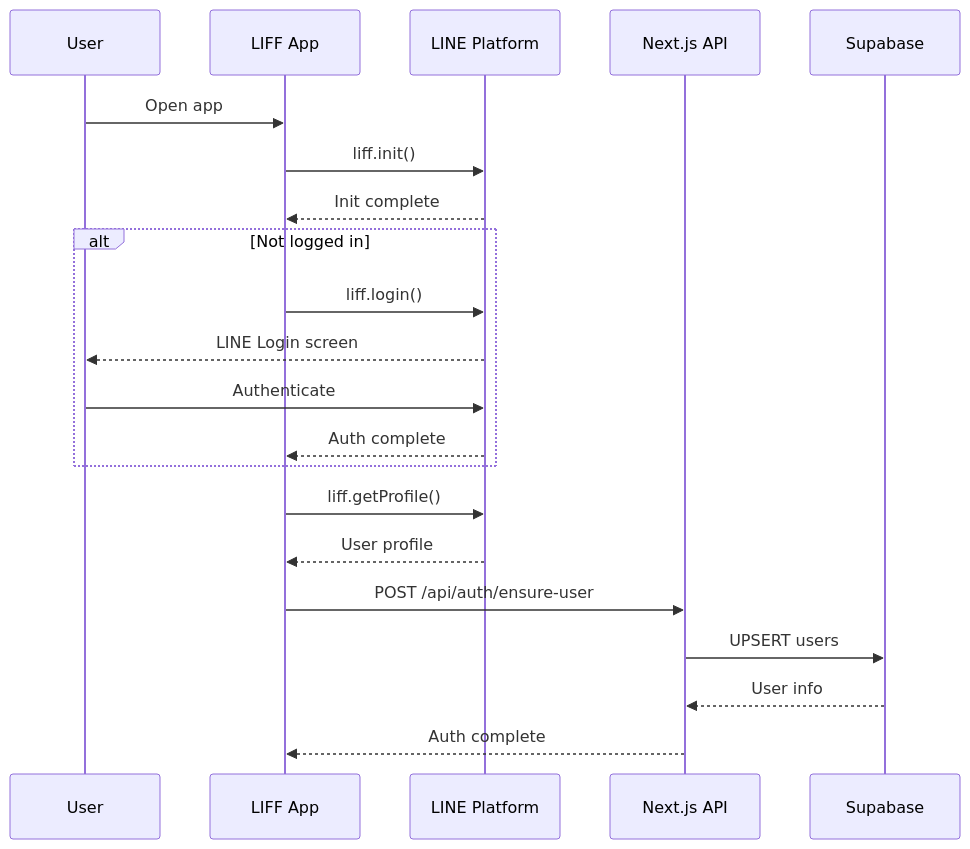
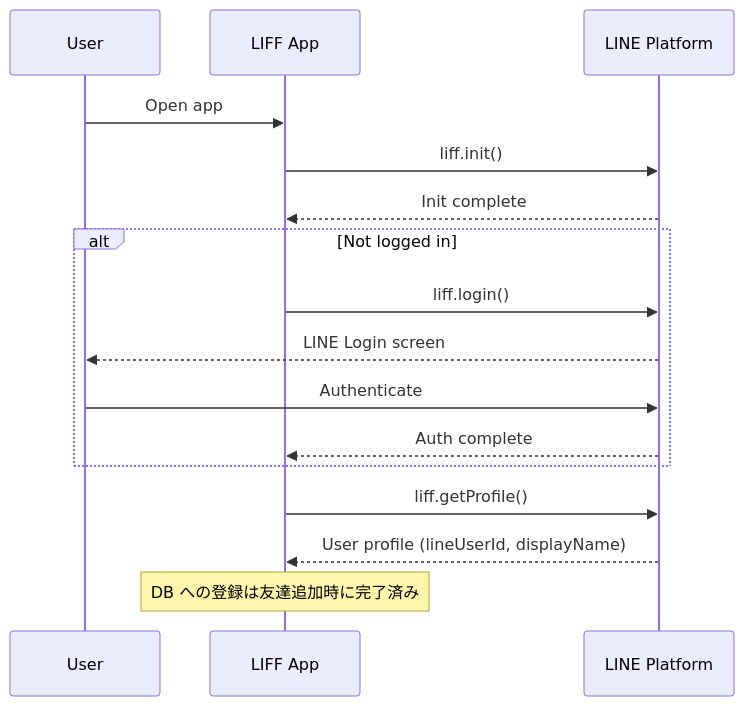
The seventh of 10 diagrams in docs/ARCHITECTURE.md (mktu/recipe-app), drawn with Mermaid before and after one commit. The commit also changed other lines of this file, not shown here.

Commit message:
docs: 認証フロー図をユーザー登録タイミングの実態に合わせて更新

````diff
--- a/docs/ARCHITECTURE.md
+++ b/docs/ARCHITECTURE.md
@@ -386,27 +408,21 @@
 ```mermaid
 sequenceDiagram
     participant User as User
     participant LIFF as LIFF App
     participant LINE as LINE Platform
-    participant API as Next.js API
-    participant DB as Supabase
 
     User->>LIFF: Open app
     LIFF->>LINE: liff.init()
     LINE-->>LIFF: Init complete
 
     alt Not logged in
         LIFF->>LINE: liff.login()
         LINE-->>User: LINE Login screen
         User->>LINE: Authenticate
         LINE-->>LIFF: Auth complete
     end
 
     LIFF->>LINE: liff.getProfile()
-    LINE-->>LIFF: User profile
-
-    LIFF->>API: POST /api/auth/ensure-user
-    API->>DB: UPSERT users
-    DB-->>API: User info
-    API-->>LIFF: Auth complete
+    LINE-->>LIFF: User profile (lineUserId, displayName)
+    Note over LIFF: DB への登録は友達追加時に完了済み
 ```
````
